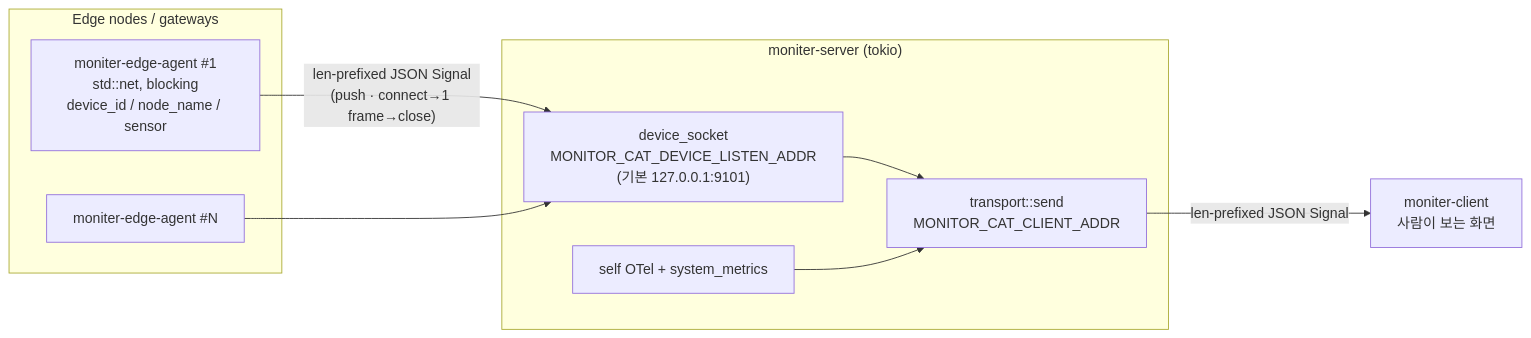
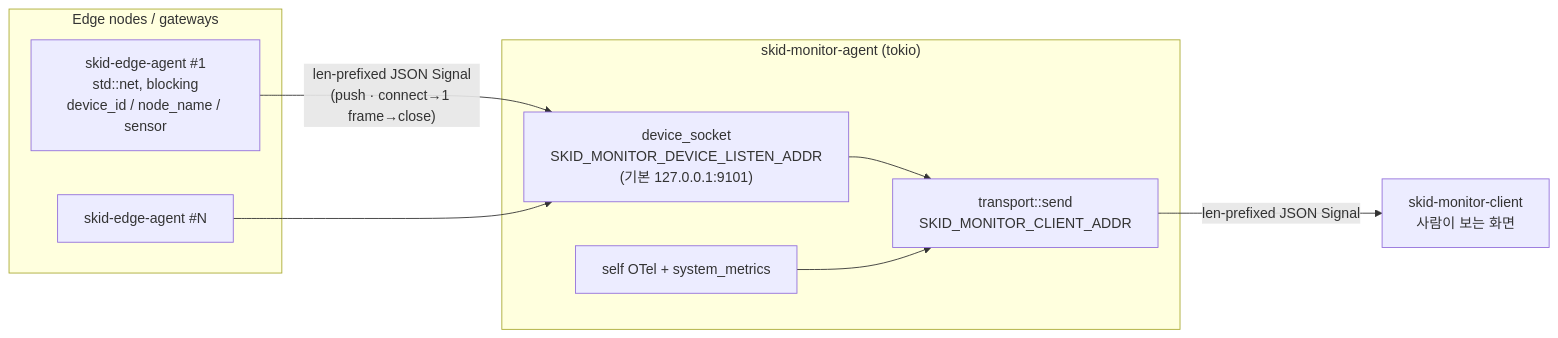
The first of 5 diagrams in docs/edge-agent-deployment.md (LuticaCANARD/skid-monitor), drawn with Mermaid before and after one commit. The commit also changed other lines of this file and 31 other files, not shown here.

First line of the commit message:
feat: implement skid-monitor client and protocol for telemetry data

````diff
--- a/docs/edge-agent-deployment.md
+++ b/docs/edge-agent-deployment.md
@@ -34,18 +34,18 @@
 ```mermaid
 flowchart LR
     subgraph edge["Edge nodes / gateways"]
-        EA1["moniter-edge-agent #1<br/>std::net, blocking<br/>device_id / node_name / sensor"]
-        EA2["moniter-edge-agent #N"]
+        EA1["skid-edge-agent #1<br/>std::net, blocking<br/>device_id / node_name / sensor"]
+        EA2["skid-edge-agent #N"]
     end
-    subgraph srv["moniter-server (tokio)"]
-        DS["device_socket<br/>MONITOR_CAT_DEVICE_LISTEN_ADDR<br/>(기본 127.0.0.1:9101)"]
+    subgraph srv["skid-monitor-agent (tokio)"]
+        DS["device_socket<br/>SKID_MONITOR_DEVICE_LISTEN_ADDR<br/>(기본 127.0.0.1:9101)"]
         COL["self OTel + system_metrics"]
-        TX["transport::send<br/>MONITOR_CAT_CLIENT_ADDR"]
+        TX["transport::send<br/>SKID_MONITOR_CLIENT_ADDR"]
         DS --> TX
         COL --> TX
     end
-    CL["moniter-client<br/>사람이 보는 화면"]
+    CL["skid-monitor-client<br/>사람이 보는 화면"]
     EA1 -- "len-prefixed JSON Signal<br/>(push · connect→1 frame→close)" --> DS
     EA2 --> DS
     TX -- "len-prefixed JSON Signal" --> CL
 ```
````
